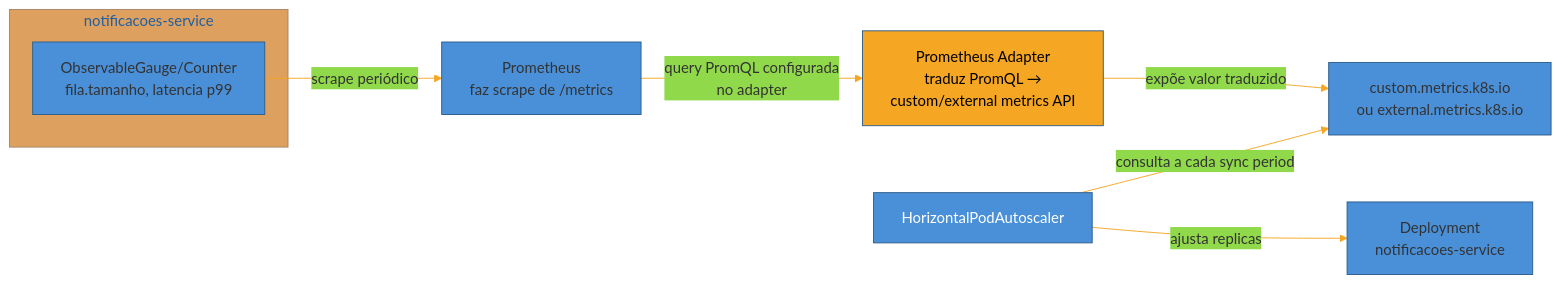
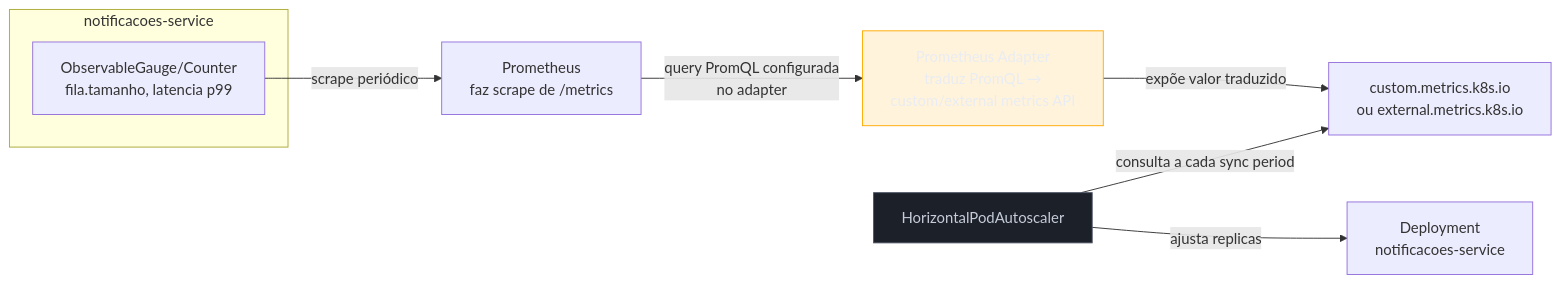
Before and after one commit to josenaldo/codex-technomanticus: the second of 4 diagrams in 03-Dominios/Tecnologia/Python/Cloud-native e produção/05 - Autoscaling — HPA baseado em métrica.md, drawn with Mermaid. The commit also changed other lines of this file and 1181 other files, not shown here.

First line of the commit message:
fix(diagramas): paleta do sistema no lugar de cor cravada no markdown

````diff
--- a/03-Dominios/Tecnologia/Python/Cloud-native e produção/05 - Autoscaling — HPA baseado em métrica.md
+++ b/03-Dominios/Tecnologia/Python/Cloud-native e produção/05 - Autoscaling — HPA baseado em métrica.md
@@ -103,21 +102,22 @@
 ```mermaid
-%%{init: {"theme": "base", "themeVariables": {"primaryColor": "#4A90D9", "primaryBorderColor": "#2E5C8A", "lineColor": "#F5A623"}}}%%
 flowchart LR
+    classDef destaque fill:#FFAA0024,stroke:#FFAA00,color:#E9ECF2
+    classDef neutro fill:#1B2029,stroke:#4E5666,color:#C6CCD8
     subgraph APP["notificacoes-service"]
         M["ObservableGauge/Counter<br/>fila.tamanho, latencia p99"]
     end
     PROM["Prometheus<br/>faz scrape de /metrics"]
     ADP["Prometheus Adapter<br/>traduz PromQL →<br/>custom/external metrics API"]
     K8SAPI["custom.metrics.k8s.io<br/>ou external.metrics.k8s.io"]
     HPA["HorizontalPodAutoscaler"]
     DEP["Deployment<br/>notificacoes-service"]
 
     M -->|"scrape periódico"| PROM
     PROM -->|"query PromQL configurada<br/>no adapter"| ADP
     ADP -->|"expõe valor traduzido"| K8SAPI
     HPA -->|"consulta a cada sync period"| K8SAPI
     HPA -->|"ajusta replicas"| DEP
 
-    style ADP fill:#F5A623,color:#000
-    style HPA fill:#4A90D9,color:#fff
+    class ADP destaque
+    class HPA neutro
 ```
````
